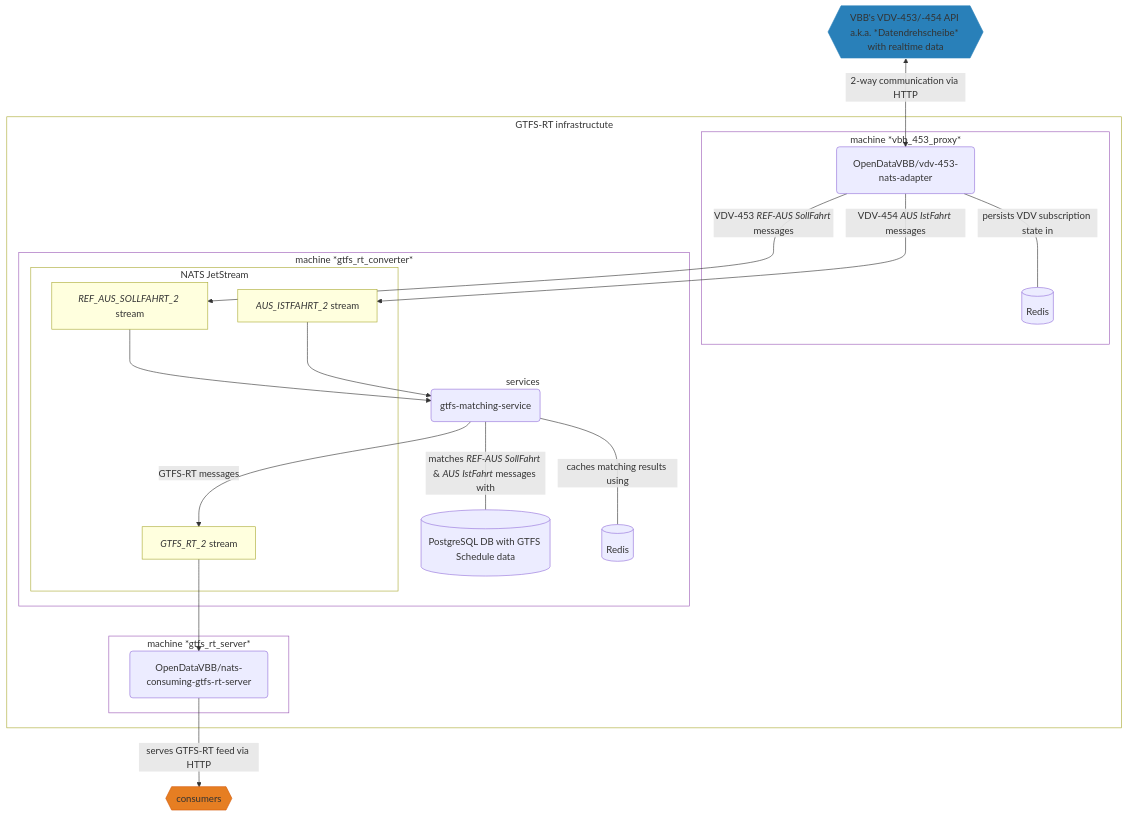
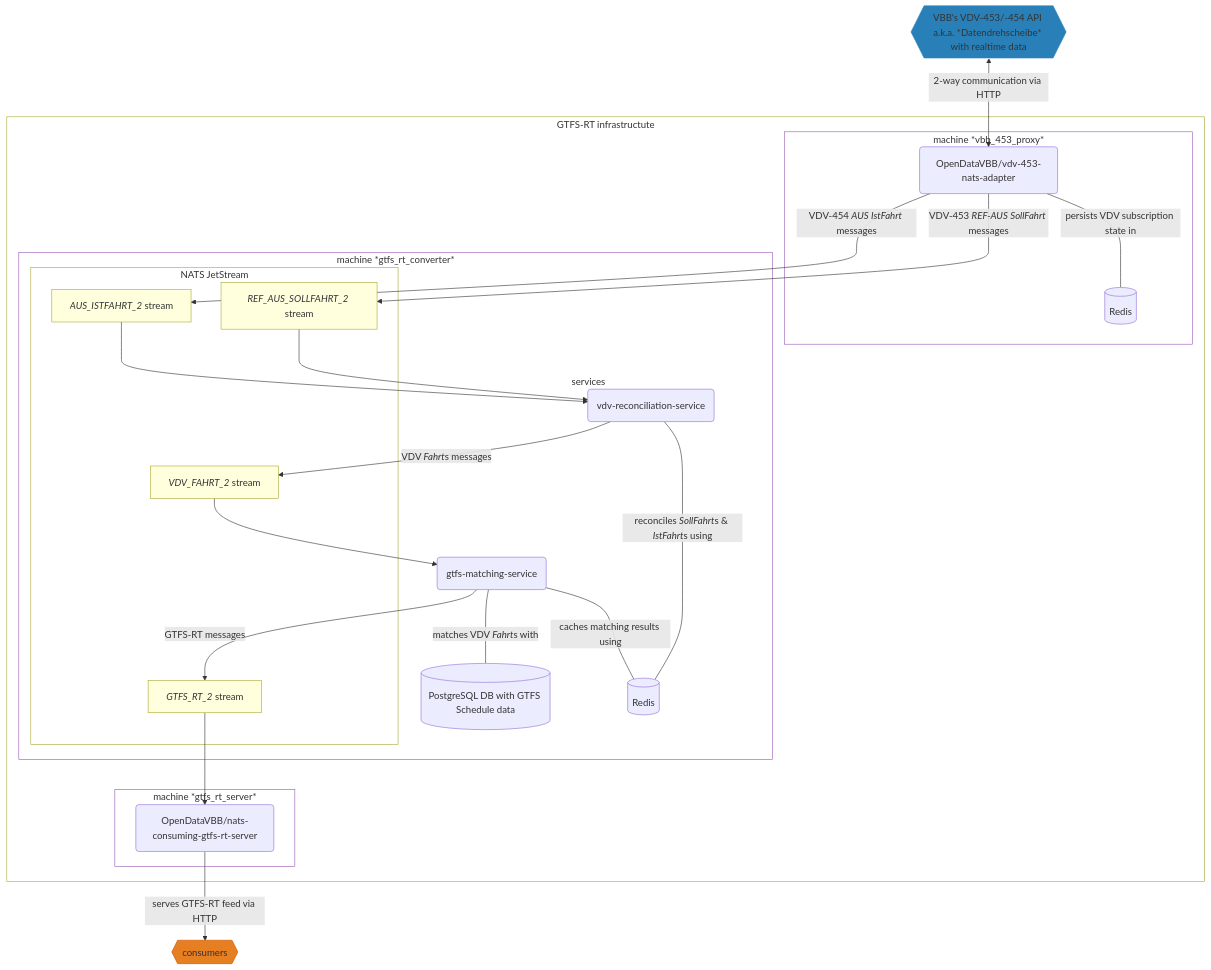
One commit to OpenDataVBB/gtfs-rt-infrastructure changed the second of 2 diagrams in readme.md. Above: the diagram before and after it, drawn with Mermaid. The commit also changed 4 other files, not shown here.

Commit message:
GTFS-RT converters: adapt to gtfs-rt-feed#2026-02-03: add vdv-reconciliation-service

````diff
--- a/readme.md
+++ b/readme.md
@@ -39,50 +39,55 @@
 ```mermaid
 flowchart TB
     classDef machine fill:none,stroke:#9b59b6
 
     vdv_453_api{{VBB's VDV-453/-454 API a.k.a. *Datendrehscheibe* with realtime data}}
     style vdv_453_api fill:#2980b9,stroke:#2980b9
     consumers{{consumers}}
     style consumers fill:#e67e22,stroke:#d35400
 
     subgraph project_infrastructure [GTFS-RT infrastructute]
         subgraph vdv_453_proxy [machine *vbb_453_proxy*]
             vdv_453_nats_adapter(OpenDataVBB/vdv-453-nats-adapter)
             vdv_453_proxy_redis[(Redis)]
         end
         class vdv_453_proxy machine
         subgraph gtfs_rt_converter [machine *gtfs_rt_converter*]
             subgraph nats[NATS JetStream]
                 nats_ref_aus_sollfahrt["`*REF_AUS_SOLLFAHRT_2* stream`"]:::stream
                 nats_aus_istfahrt["`*AUS_ISTFAHRT_2* stream`"]:::stream
+                nats_vdv_fahrt["`*VDV_FAHRT_2* stream`"]:::stream
                 nats_gtfs_rt["`*GTFS_RT_2* stream`"]:::stream
                 classDef stream fill:#ffffde,stroke:#aaaa33
             end
             style nats fill:none
             subgraph services
+                vdv_reconciliation_service(vdv-reconciliation-service)
                 gtfs_matching_service(gtfs-matching-service)
             end
             style services fill:none,stroke:none
             gtfs_db[(PostgreSQL DB with GTFS Schedule data)]
             gtfs_rt_converter_redis[(Redis)]
         end
         class gtfs_rt_converter machine
         subgraph gtfs_rt_server [machine *gtfs_rt_server*]
             nats_consuming_gtfs_rt_server(OpenDataVBB/nats-consuming-gtfs-rt-server)
         end
         class gtfs_rt_server machine
     end
     style project_infrastructure fill:none
 
     vdv_453_api<-- 2-way communication via HTTP -->vdv_453_nats_adapter
     vdv_453_nats_adapter-- "`persists VDV subscription state in`" ---vdv_453_proxy_redis
     vdv_453_nats_adapter-- "`VDV-453 *REF-AUS* *SollFahrt* messages`"-->nats_ref_aus_sollfahrt
-    nats_ref_aus_sollfahrt-->gtfs_matching_service
+    nats_ref_aus_sollfahrt-->vdv_reconciliation_service
     vdv_453_nats_adapter-- "`VDV-454 *AUS* *IstFahrt* messages`"-->nats_aus_istfahrt
-    nats_aus_istfahrt-->gtfs_matching_service
-    gtfs_matching_service-- "`matches *REF-AUS* *SollFahrt* & *AUS* *IstFahrt* messages with`" ---gtfs_db
+    nats_aus_istfahrt-->vdv_reconciliation_service
+    vdv_reconciliation_service-- "`reconciles *SollFahrt*s & *IstFahrt*s using`" ---gtfs_rt_converter_redis
+    vdv_reconciliation_service-- "`VDV *Fahrt*s messages`"-->nats_vdv_fahrt
+    nats_vdv_fahrt-->gtfs_matching_service
+    gtfs_matching_service-- "`matches VDV *Fahrt*s with`" ---gtfs_db
     gtfs_matching_service-- "`caches matching results using`" ---gtfs_rt_converter_redis
     gtfs_matching_service-- "`GTFS-RT messages`"-->nats_gtfs_rt
     nats_gtfs_rt-->nats_consuming_gtfs_rt_server
     nats_consuming_gtfs_rt_server-- serves GTFS-RT feed via HTTP -->consumers
 ```
````
